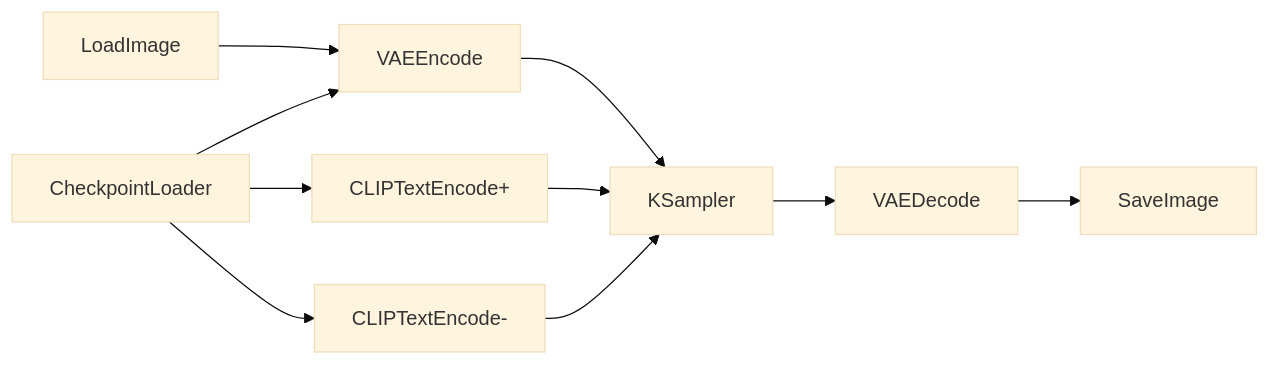
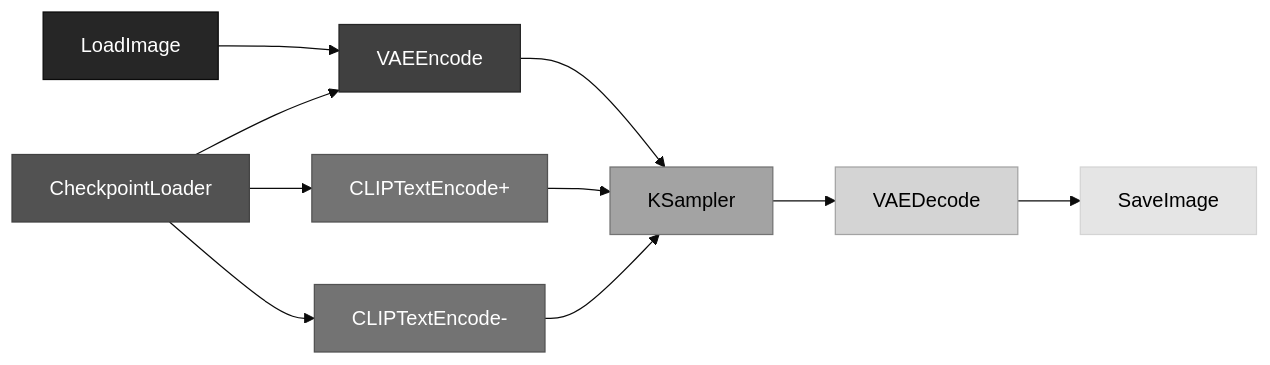
One commit to johnnaumann/anthroposcenic_001 changed the fourth of 4 diagrams in README.md. Above: the diagram before and after it, drawn with Mermaid (base theme). The commit also changed other lines of this file, not shown here.

Commit message:
Update README to enforce monotone styling in diagrams and flowcharts. Adjust color schemes to grayscale for improved consistency and accessibility across documentation. Add notes for user interface, server, and processing components in sequence diagrams.

````diff
--- a/README.md
+++ b/README.md
@@ -321,12 +332,21 @@
 ```mermaid
 flowchart LR
     A[LoadImage] --> B[VAEEncode]
     C[CheckpointLoader] --> B
     C --> D[CLIPTextEncode+]
     C --> E[CLIPTextEncode-]
     B --> F[KSampler]
     D --> F
     E --> F
     F --> G[VAEDecode]
     G --> H[SaveImage]
+    
+    style A fill:#262626,stroke:#0a0a0a,color:#ffffff
+    style B fill:#404040,stroke:#262626,color:#ffffff
+    style C fill:#525252,stroke:#404040,color:#ffffff
+    style D fill:#737373,stroke:#525252,color:#ffffff
+    style E fill:#737373,stroke:#525252,color:#ffffff
+    style F fill:#a3a3a3,stroke:#737373,color:#000000
+    style G fill:#d4d4d4,stroke:#a3a3a3,color:#000000
+    style H fill:#e5e5e5,stroke:#d4d4d4,color:#000000
 ```
````
